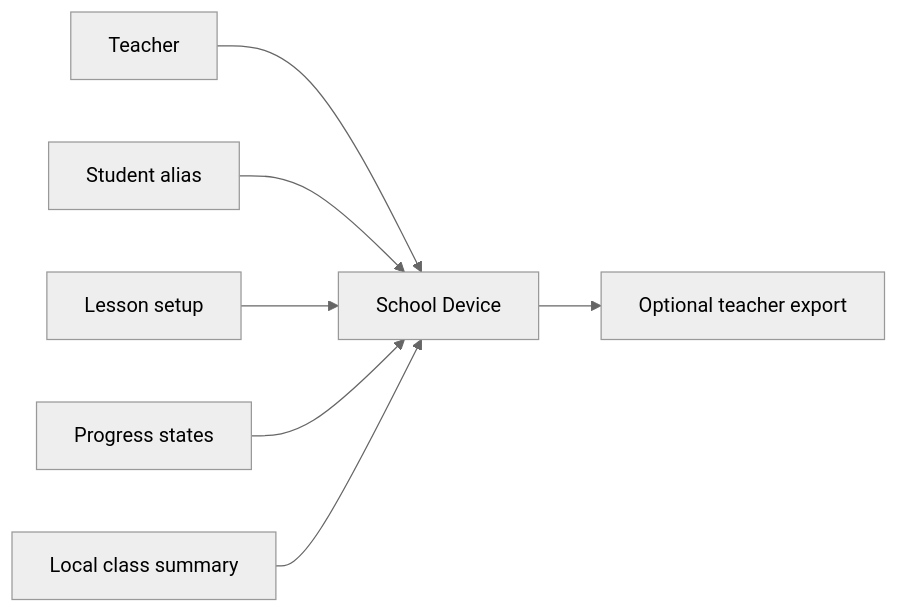
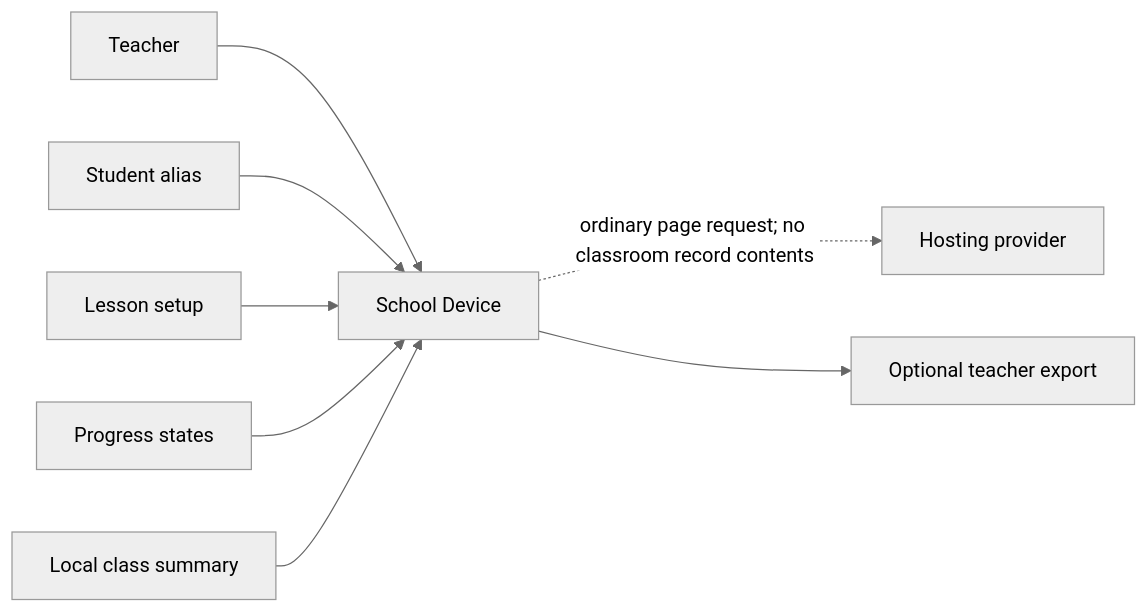
One commit to Blackcockatoo/bss changed the diagram in public/docs/schools-au/governance/data-flow-diagram.md. Above: the diagram before and after it, drawn with Mermaid (neutral theme). The commit also changed other lines of this file and 46 other files, not shown here.

````diff
--- a/public/docs/schools-au/governance/data-flow-diagram.md
+++ b/public/docs/schools-au/governance/data-flow-diagram.md
@@ -5,9 +5,10 @@
 ```mermaid
 flowchart LR
   T["Teacher"] --> D["School Device"]
   S["Student alias"] --> D
   L["Lesson setup"] --> D
   P["Progress states"] --> D
   A["Local class summary"] --> D
+  D -. "ordinary page request; no classroom record contents" .-> H["Hosting provider"]
   D --> X["Optional teacher export"]
 ```
````
